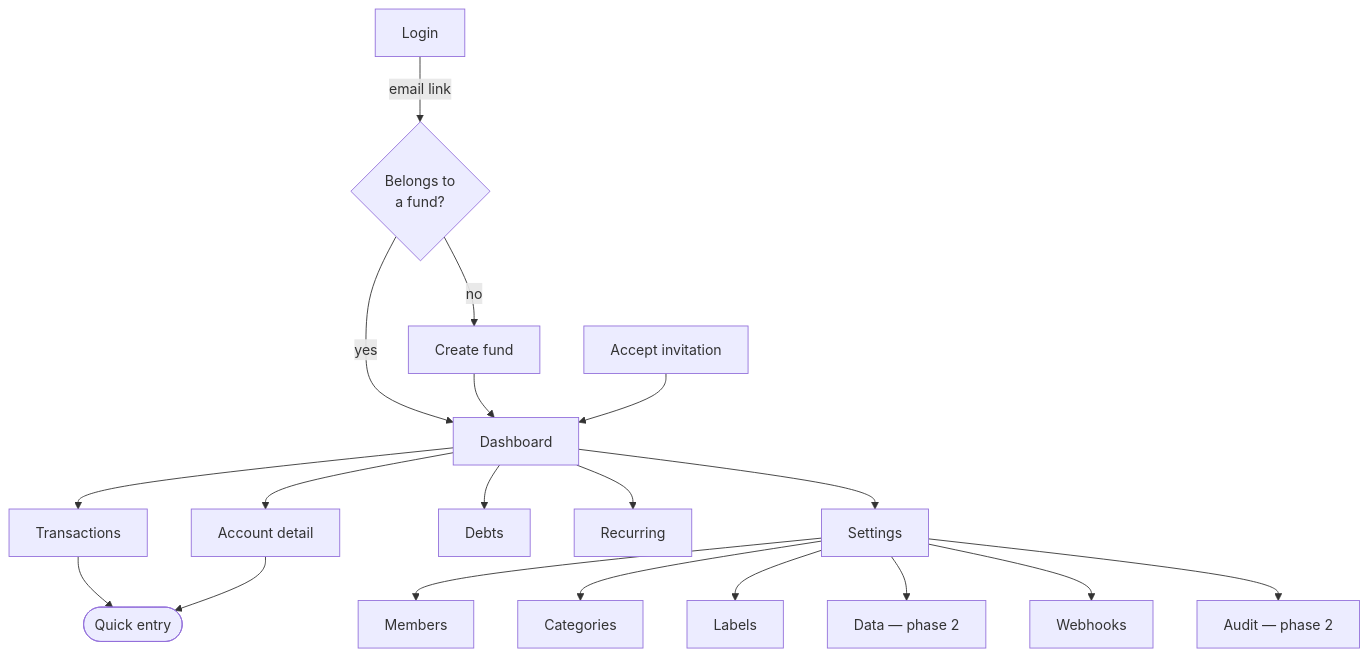
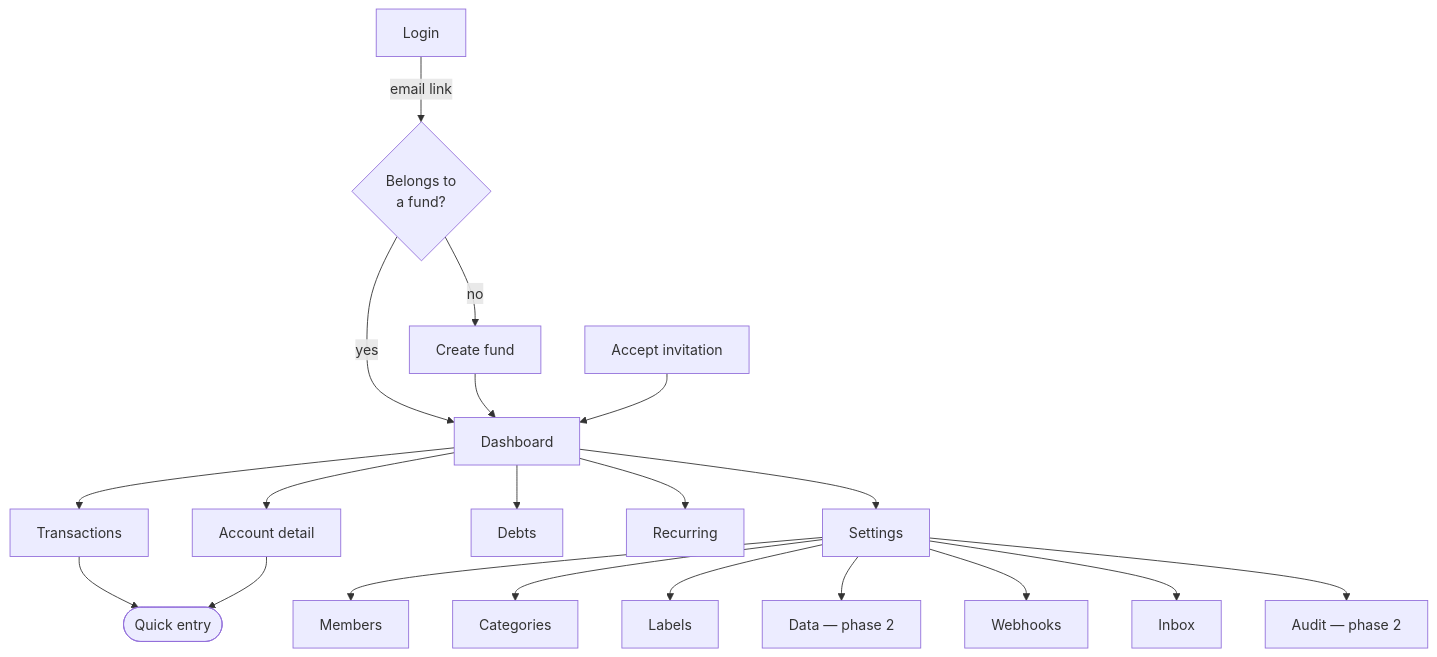
Before and after one commit to WAB-Studio/finances-app: the first of 8 diagrams in docs/FLOWS.md, drawn with Mermaid. The commit also changed other lines of this file and 1 other file, not shown here.

Commit message:
Document ingest review flow

````diff
--- a/docs/FLOWS.md
+++ b/docs/FLOWS.md
@@ -10,23 +10,24 @@
 ```mermaid
 flowchart TD
     Login["Login"] -->|email link| Check{"Belongs to<br/>a fund?"}
     Check -->|no| Onboarding["Create fund"]
     Check -->|yes| Dash["Dashboard"]
     Onboarding --> Dash
     Invit["Accept invitation"] --> Dash
 
     Dash --> Tx["Transactions"]
     Dash --> Cta["Account detail"]
     Dash --> Deu["Debts"]
     Dash --> Rec["Recurring"]
     Dash --> Aju["Settings"]
 
     Tx --> TxNew(["Quick entry"])
     Cta --> TxNew
     Aju --> Miembros["Members"]
     Aju --> Cats["Categories"]
     Aju --> Etiq["Labels"]
     Aju --> Datos["Data — phase 2"]
     Aju --> Webhooks["Webhooks"]
+    Aju --> Bandeja["Inbox"]
     Aju --> Audit["Audit — phase 2"]
 ```
````
